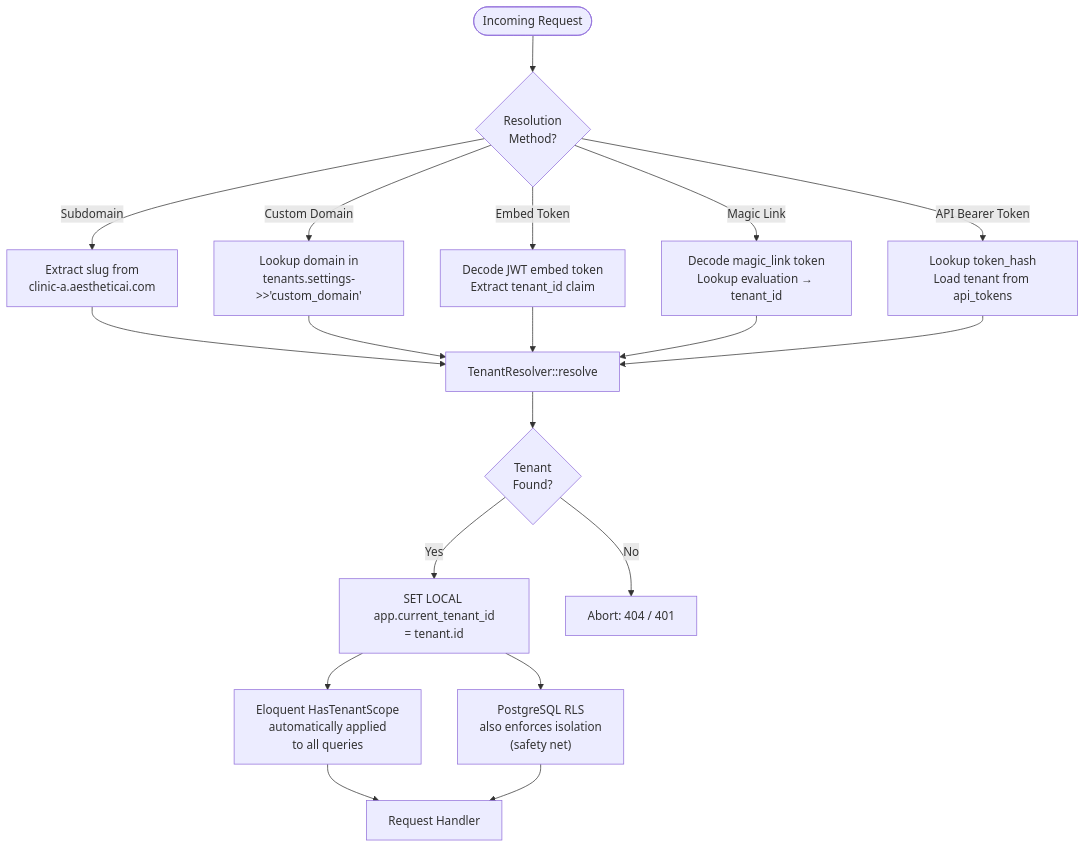
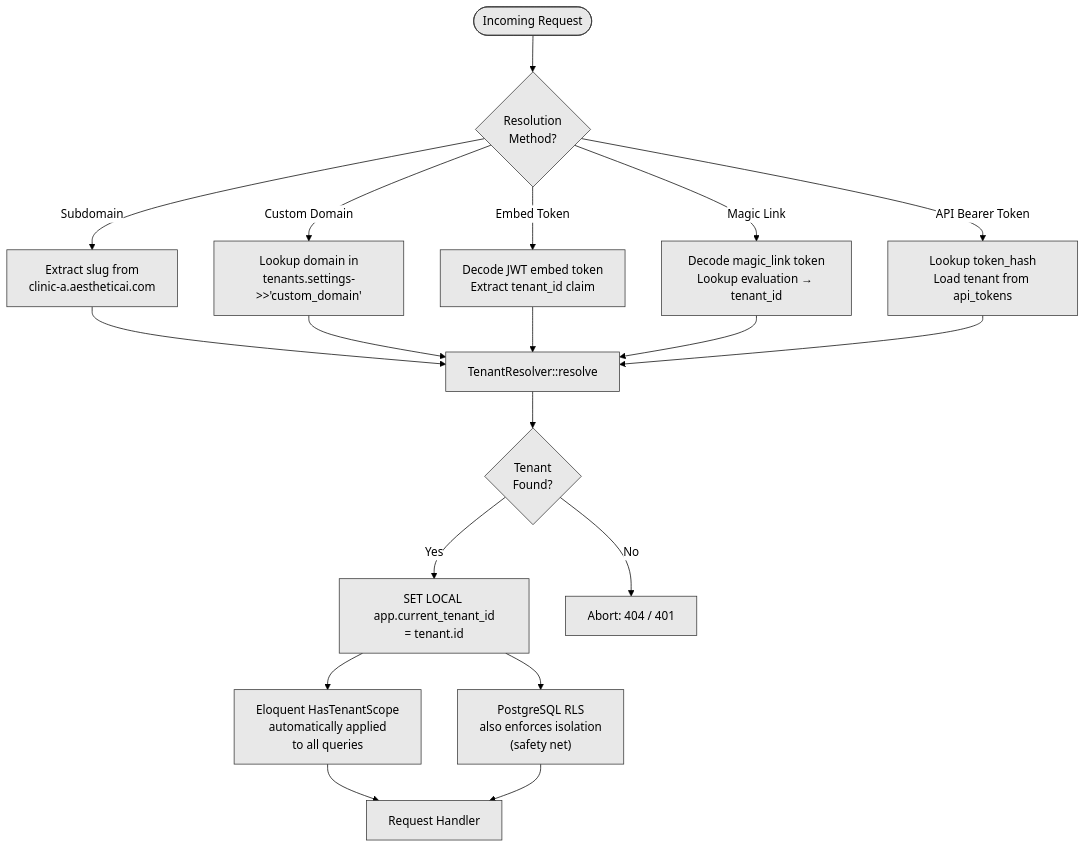
The fifth of 6 diagrams in docs/technical/sequences.md (mlytorres/aesthetic-ai), drawn with Mermaid before and after one commit. The commit also changed other lines of this file and 11 other files, not shown here.

Commit message:
docs and diagram updated, TwoFactorLoginResponse  updated

````diff
--- a/docs/technical/sequences.md
+++ b/docs/technical/sequences.md
@@ -260,27 +264,28 @@
 ```mermaid
+%%{init: {'theme': 'base', 'themeVariables': {'primaryColor': '#e8e8e8', 'primaryTextColor': '#000000', 'primaryBorderColor': '#333333', 'lineColor': '#000000', 'secondaryColor': '#f0f0f0', 'tertiaryColor': '#d0d0d0', 'edgeLabelBackground': '#ffffff', 'clusterBkg': '#f0f0f0', 'clusterBorder': '#333333', 'titleColor': '#000000', 'nodeTextColor': '#000000', 'background': '#ffffff'}}}%%
 flowchart TD
     Request([Incoming Request]) --> Method{Resolution\nMethod?}
 
     Method -->|Subdomain| Sub["Extract slug from\nclinic-a.aestheticai.com"]
     Method -->|Custom Domain| Custom["Lookup domain in\ntenants.settings->>'custom_domain'"]
     Method -->|Embed Token| Embed["Decode JWT embed token\nExtract tenant_id claim"]
     Method -->|Magic Link| Magic["Decode magic_link token\nLookup evaluation → tenant_id"]
     Method -->|API Bearer Token| Bearer["Lookup token_hash\nLoad tenant from api_tokens"]
 
     Sub --> Resolve[TenantResolver::resolve]
     Custom --> Resolve
     Embed --> Resolve
     Magic --> Resolve
     Bearer --> Resolve
 
     Resolve --> Found{Tenant\nFound?}
 
     Found -->|Yes| SetContext["SET LOCAL app.current_tenant_id\n= tenant.id"]
     Found -->|No| Abort["Abort: 404 / 401"]
 
     SetContext --> Scope["Eloquent HasTenantScope\nautomatically applied\nto all queries"]
     SetContext --> RLS["PostgreSQL RLS\nalso enforces isolation\n(safety net)"]
 
     Scope --> Handler[Request Handler]
     RLS --> Handler
 ```
````
